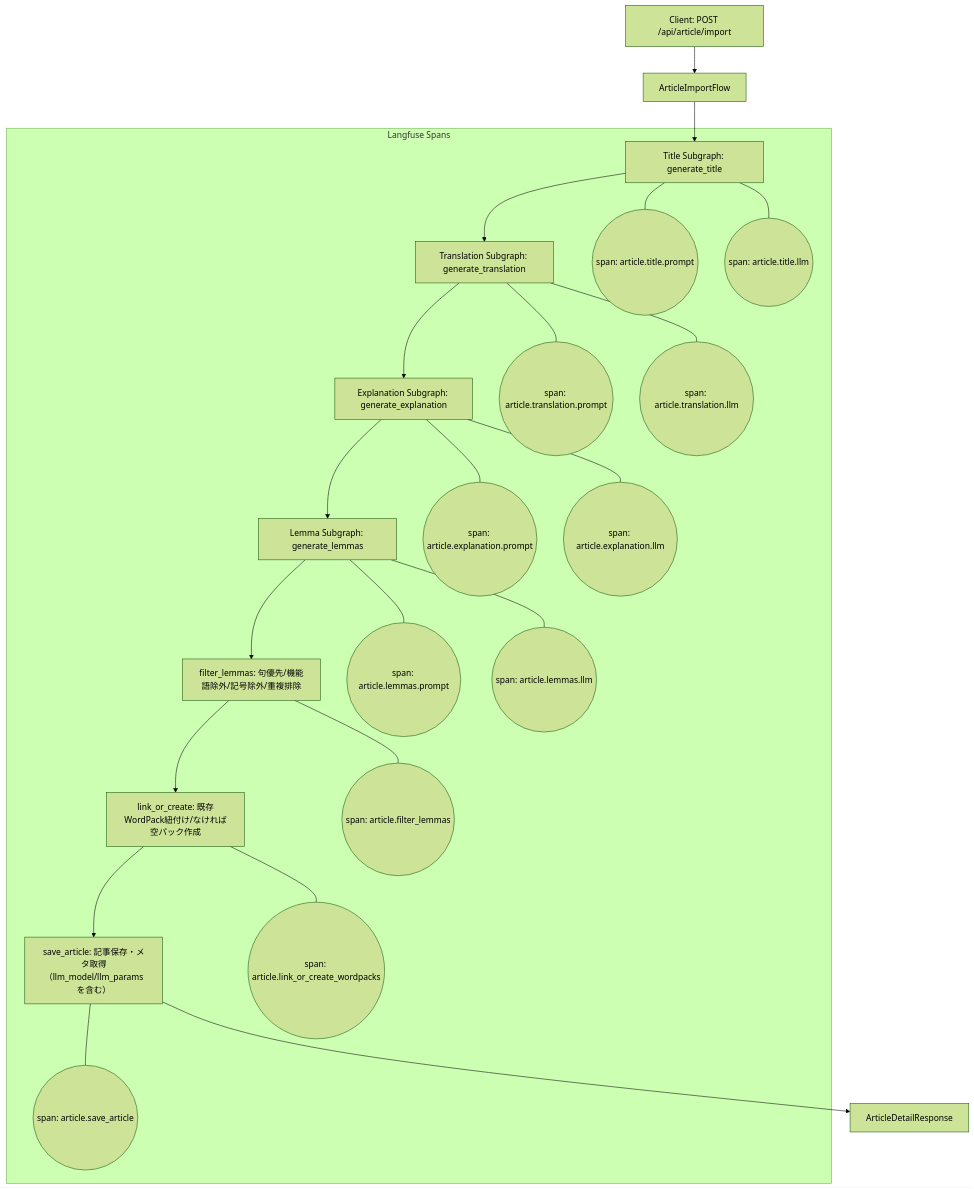
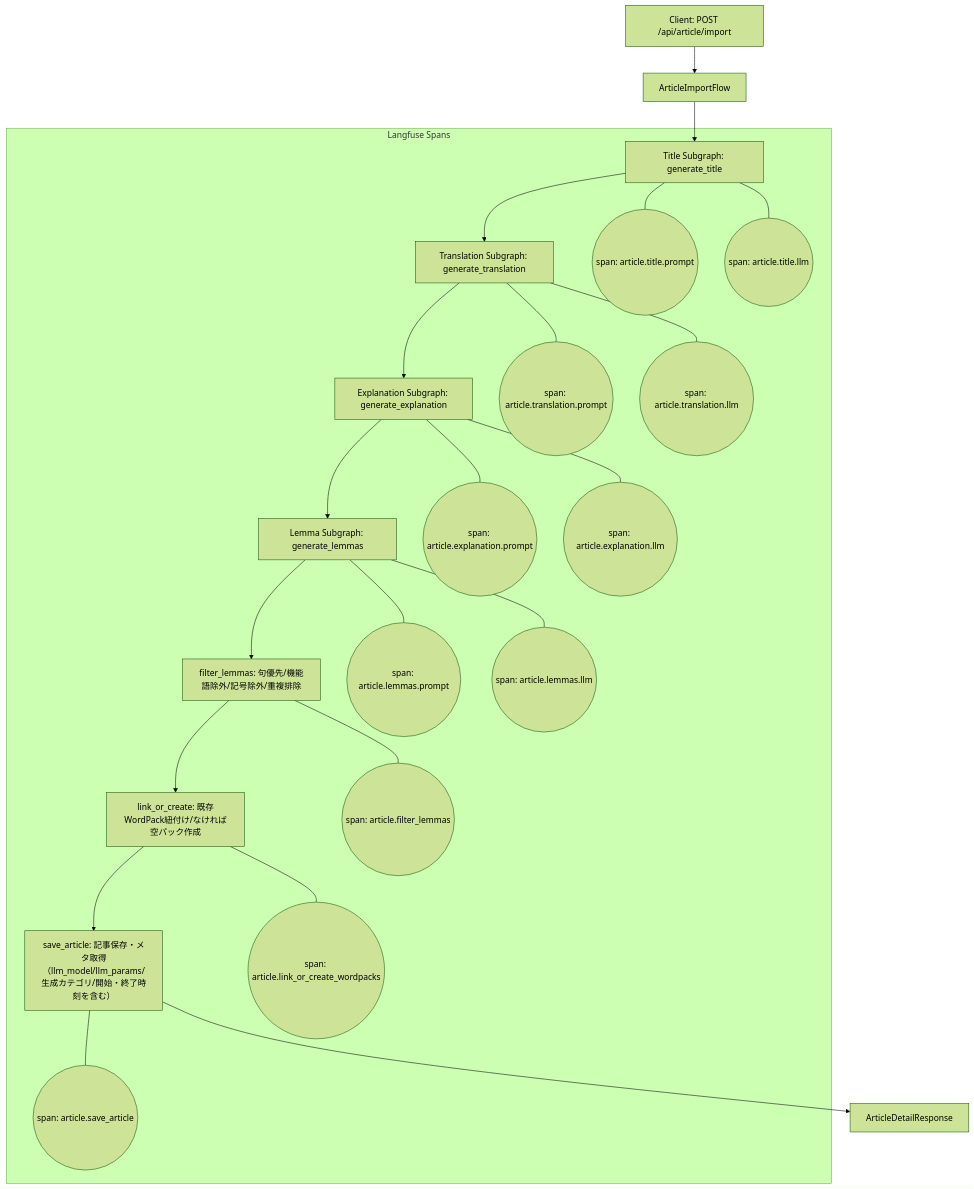
Before and after one commit to RiSEblackbird/wordpack-for-english: the second of 2 diagrams in docs/flows.md, drawn with Mermaid (forest theme). The commit also changed 10 other files, not shown here.

````diff
--- a/docs/flows.md
+++ b/docs/flows.md
@@ -19,26 +19,26 @@
 ```mermaid
 graph TD
     A[Client: POST /api/article/import] --> B[ArticleImportFlow];
     B --> T[Title Subgraph: generate_title];
     T --> TR[Translation Subgraph: generate_translation];
     TR --> EX[Explanation Subgraph: generate_explanation];
     EX --> LM[Lemma Subgraph: generate_lemmas];
     LM --> FL[filter_lemmas: 句優先/機能語除外/記号除外/重複排除];
     FL --> LC[link_or_create: 既存WordPack紐付け/なければ空パック作成];
-    LC --> SA[save_article: 記事保存・メタ取得（llm_model/llm_paramsを含む）];
+    LC --> SA[save_article: 記事保存・メタ取得（llm_model/llm_params/生成カテゴリ/開始・終了時刻を含む）];
     SA --> R[ArticleDetailResponse];
 
     subgraph Langfuse Spans
         T --- T1((span: article.title.prompt))
         T --- T2((span: article.title.llm))
         TR --- TR1((span: article.translation.prompt))
         TR --- TR2((span: article.translation.llm))
         EX --- EX1((span: article.explanation.prompt))
         EX --- EX2((span: article.explanation.llm))
         LM --- LM1((span: article.lemmas.prompt))
         LM --- LM2((span: article.lemmas.llm))
         FL --- FL1((span: article.filter_lemmas))
         LC --- LC1((span: article.link_or_create_wordpacks))
         SA --- SA1((span: article.save_article))
     end
 ```
````
